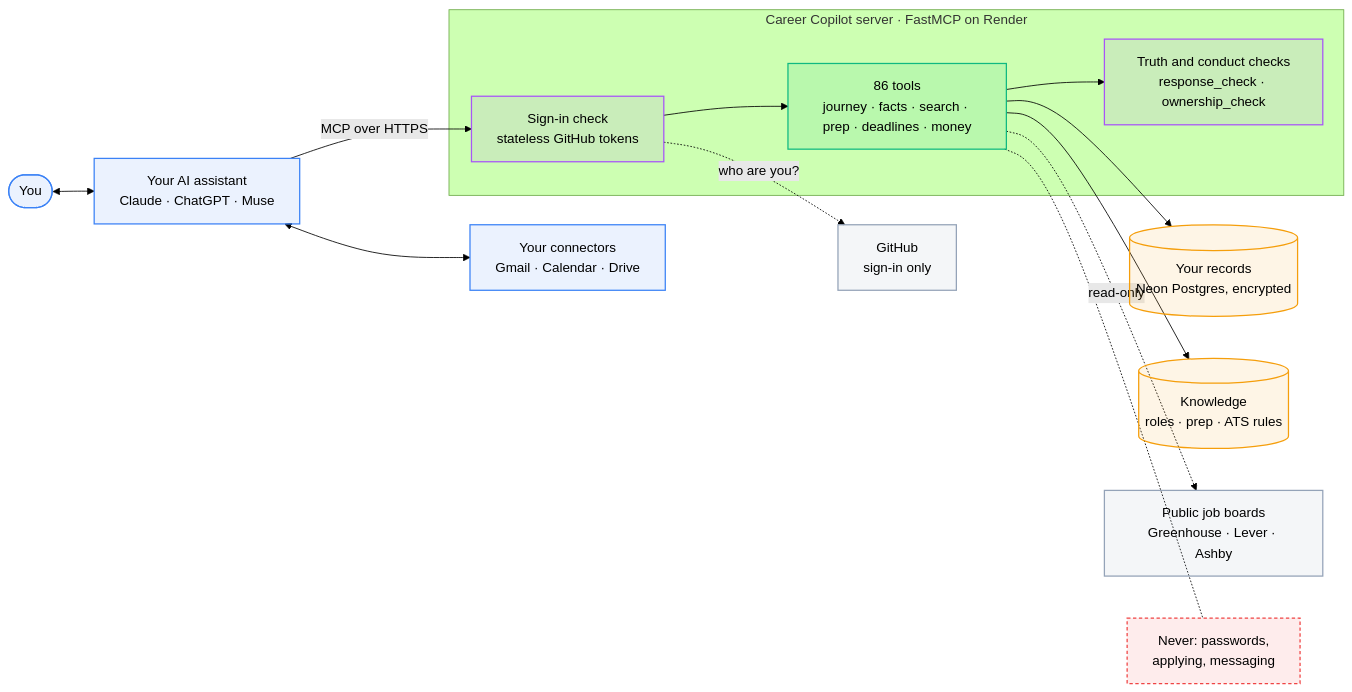
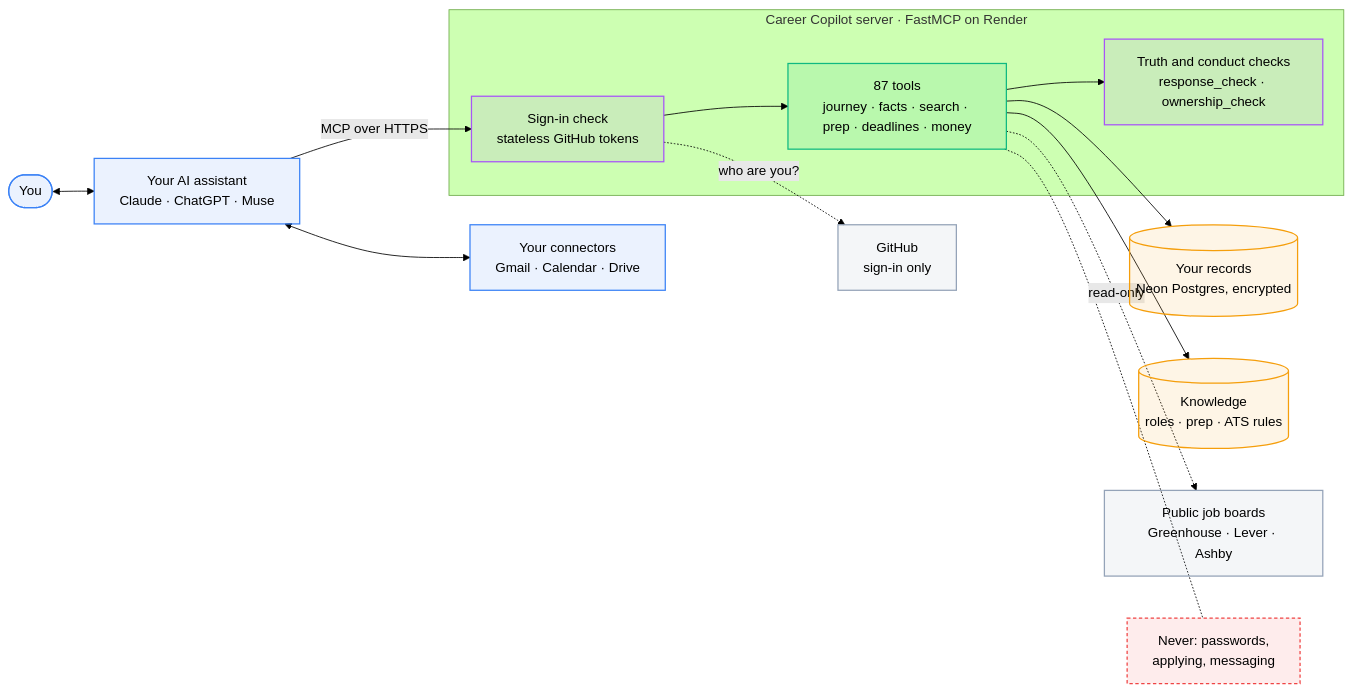
One commit to TusharSamantaray/career-copilot-mcp changed the first of 8 diagrams in docs/ARCHITECTURE.md. Above: the diagram before and after it, drawn with Mermaid (forest theme). The commit also changed 10 other files, not shown here.

````diff
--- a/docs/ARCHITECTURE.md
+++ b/docs/ARCHITECTURE.md
@@ -42,35 +42,35 @@
 ```mermaid
 flowchart LR
   classDef person fill:#3B82F61A,stroke:#3B82F6,stroke-width:1.5px
   classDef copilot fill:#10B9811A,stroke:#10B981,stroke-width:1.5px
   classDef store fill:#F59E0B1A,stroke:#F59E0B,stroke-width:1.5px
   classDef ext fill:#94A3B81A,stroke:#94A3B8,stroke-width:1.5px
   classDef guard fill:#A855F71A,stroke:#A855F7,stroke-width:1.5px
   classDef never fill:#EF44441A,stroke:#EF4444,stroke-width:1.5px,stroke-dasharray:4 3
 
   you(["You"]):::person
   ai["Your AI assistant<br/>Claude · ChatGPT · Muse"]:::person
   own["Your connectors<br/>Gmail · Calendar · Drive"]:::person
 
   subgraph server["Career Copilot server · FastMCP on Render"]
     auth["Sign-in check<br/>stateless GitHub tokens"]:::guard
-    tools["86 tools<br/>journey · facts · search · prep · deadlines · money"]:::copilot
+    tools["87 tools<br/>journey · facts · search · prep · deadlines · money"]:::copilot
     checks["Truth and conduct checks<br/>response_check · ownership_check"]:::guard
   end
 
   db[("Your records<br/>Neon Postgres, encrypted")]:::store
   kb[("Knowledge<br/>roles · prep · ATS rules")]:::store
   gh["GitHub<br/>sign-in only"]:::ext
   boards["Public job boards<br/>Greenhouse · Lever · Ashby"]:::ext
   never["Never: passwords,<br/>applying, messaging"]:::never
 
   you <--> ai
   ai <--> own
   ai -- "MCP over HTTPS" --> auth --> tools
   tools --> checks
   tools --> db
   tools --> kb
   auth -. "who are you?" .-> gh
   tools -. "read-only" .-> boards
   tools -.- never
 ```
````
